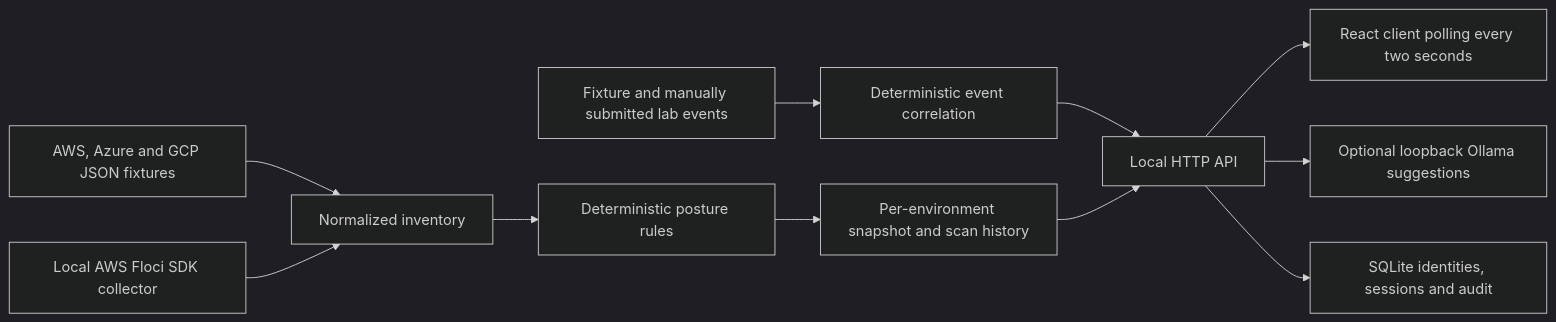
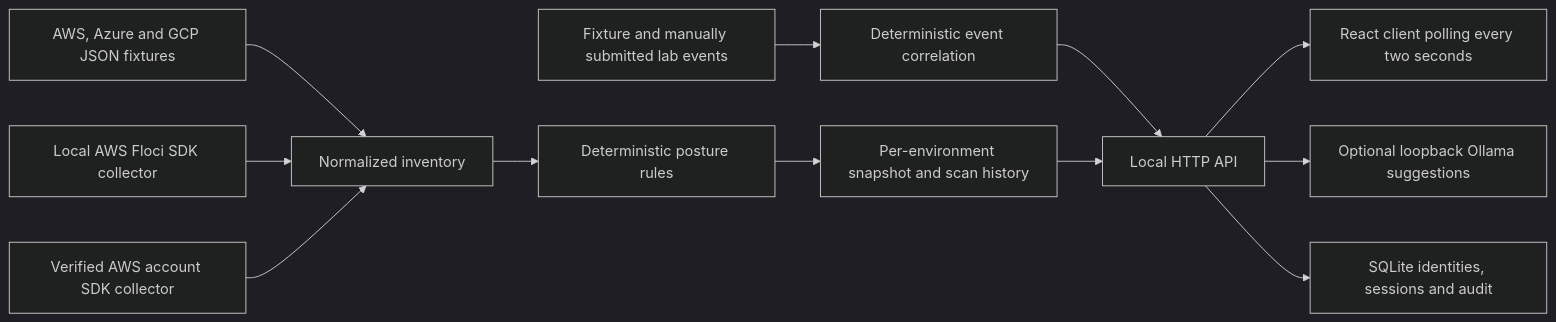
The diagram in docs/architecture.md (Cube14/CloudSentinel), drawn with Mermaid (dark theme) before and after one commit. The commit also changed other lines of this file and 22 other files, not shown here.

````diff
--- a/docs/architecture.md
+++ b/docs/architecture.md
@@ -3,13 +3,14 @@
 ```mermaid
 flowchart LR
     A[AWS, Azure and GCP JSON fixtures] --> B[Normalized inventory]
     F[Local AWS Floci SDK collector] --> B
+    L[Verified AWS account SDK collector] --> B
     B --> C[Deterministic posture rules]
     C --> S[Per-environment snapshot and scan history]
     E[Fixture and manually submitted lab events] --> G[Deterministic event correlation]
     G --> H[Local HTTP API]
     S --> H
     H --> I[React client polling every two seconds]
     H --> J[Optional loopback Ollama suggestions]
     H --> K[SQLite identities, sessions and audit]
 ```
````
